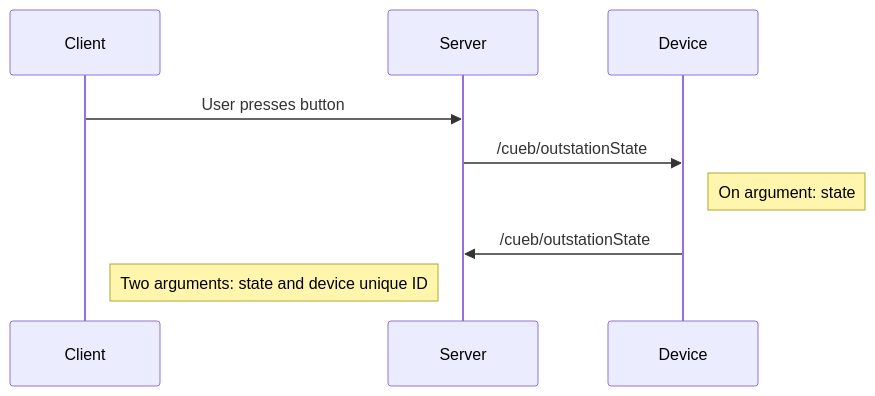
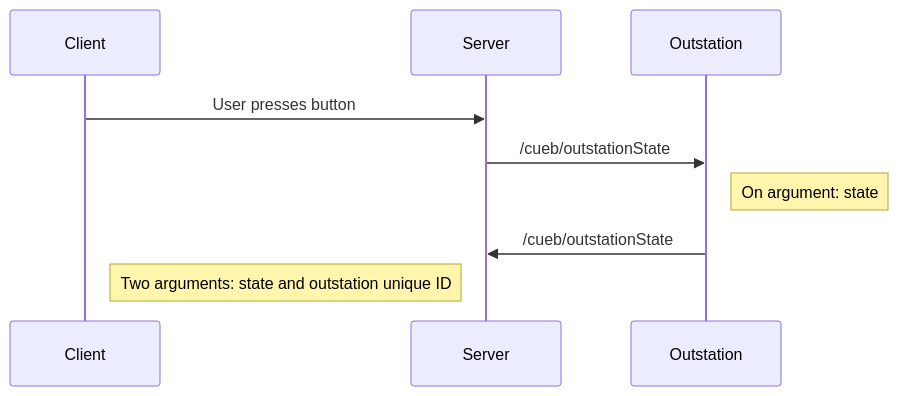
The second of 4 diagrams in Readme.md (bstudios/CueB), drawn with Mermaid before and after one commit. The commit also changed other lines of this file, not shown here.

Commit message:
Clarify outstation name

````diff
--- a/Readme.md
+++ b/Readme.md
@@ -55,11 +55,11 @@
 ```mermaid
 sequenceDiagram
   participant Client
   participant Server
-  participant Device
+  participant Outstation
   Client->>Server: User presses button
-  Server->>Device: /cueb/outstationState
-  Note right of Device: On argument: state
-  Device->>Server: /cueb/outstationState
-  Note left of Server: Two arguments: state and device unique ID
+  Server->>Outstation: /cueb/outstationState
+  Note right of Outstation: On argument: state
+  Outstation->>Server: /cueb/outstationState
+  Note left of Server: Two arguments: state and outstation unique ID
 ```
````
